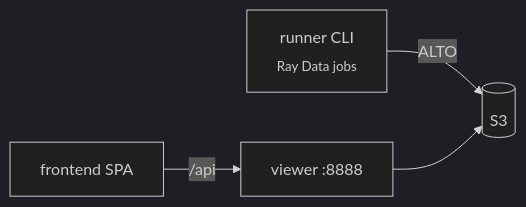
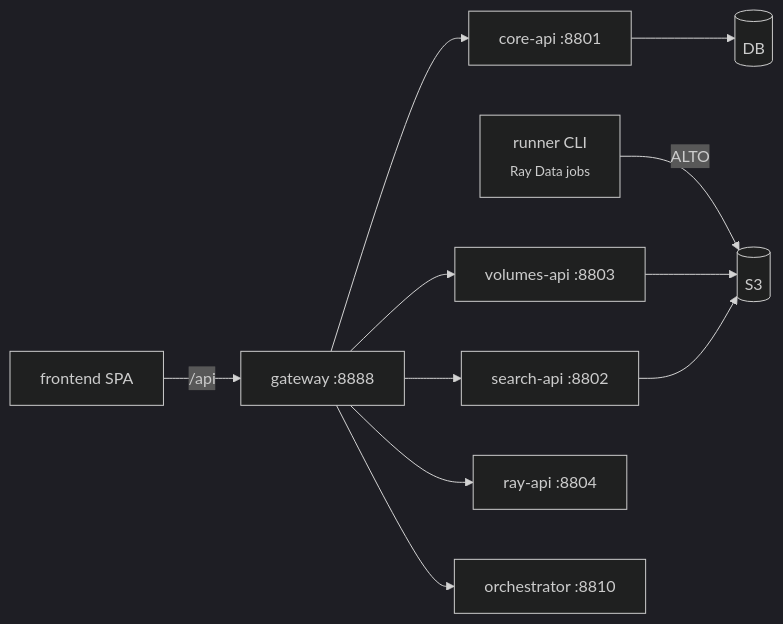
Before and after one commit to AI-Riksarkivet/rask: the diagram in docs/components/apps.md, drawn with Mermaid (dark theme). The commit also changed other lines of this file and 18 other files, not shown here.

Commit message:
docs: refresh living docs for the post-strangler architecture (gateway + per-domain services + core brick)

````diff
--- a/docs/components/apps.md
+++ b/docs/components/apps.md
@@ -48,6 +49,13 @@
 ```mermaid
 flowchart LR
     runner["runner CLI<br/><sub>Ray Data jobs</sub>"] -->|ALTO| s3[("S3")]
-    frontend["frontend SPA"] -->|/api| viewer["viewer :8888"]
-    viewer --> s3
+    frontend["frontend SPA"] -->|/api| gateway["gateway :8888"]
+    gateway --> core_api["core-api :8801"]
+    gateway --> search_api["search-api :8802"]
+    gateway --> volumes_api["volumes-api :8803"]
+    gateway --> ray_api["ray-api :8804"]
+    gateway --> orch["orchestrator :8810"]
+    core_api --> db[("DB")]
+    volumes_api --> s3
+    search_api --> s3
 ```
````
